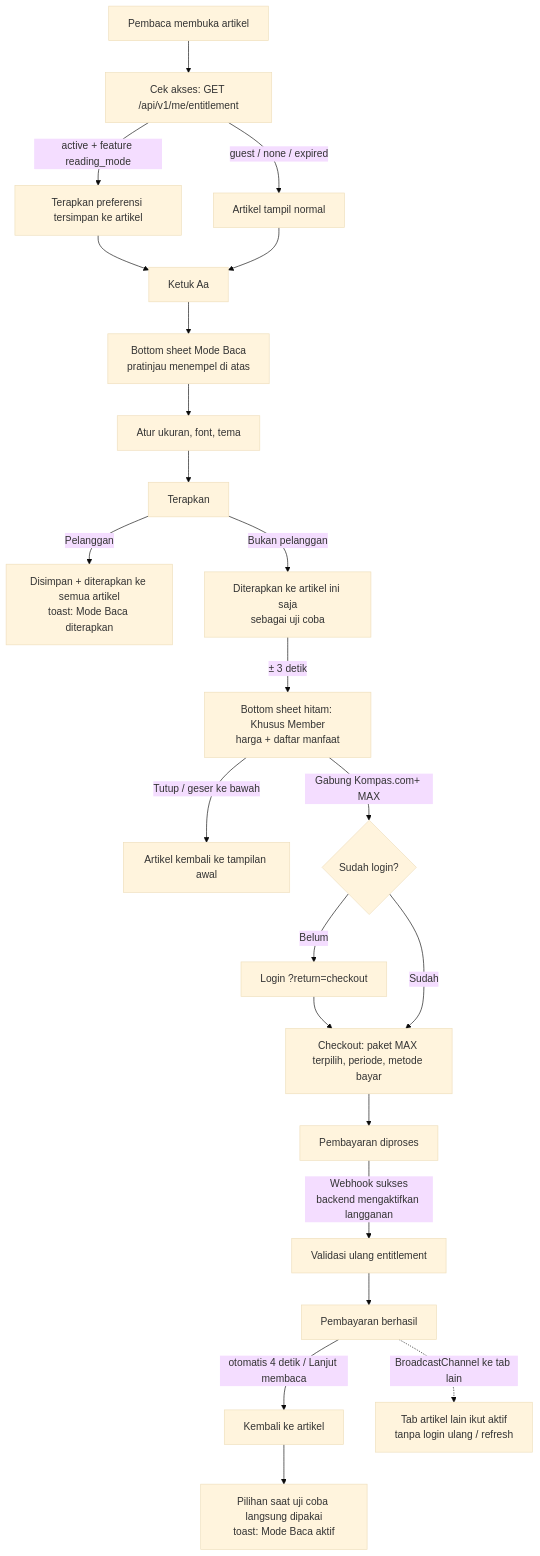
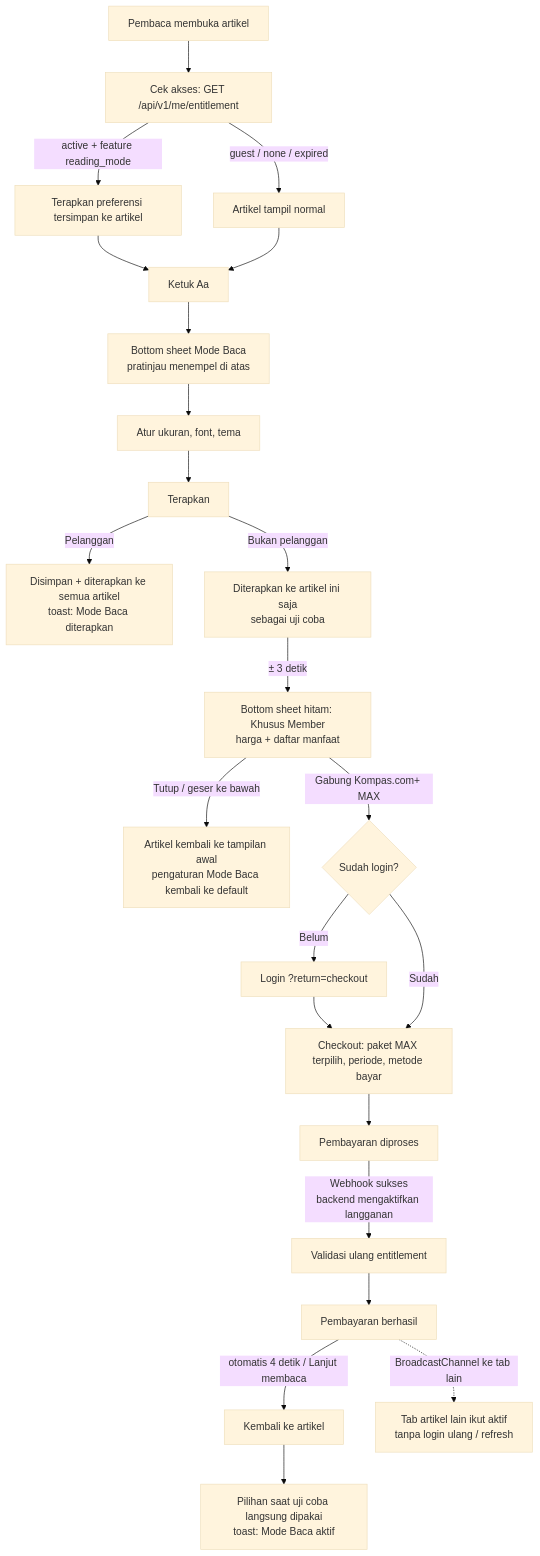
The diagram in docs/reading-mode-flow.md (kcmprodes-tech/web-kompascom), drawn with Mermaid (base theme) before and after one commit. The commit also changed other lines of this file and 5 other files, not shown here.

````diff
--- a/docs/reading-mode-flow.md
+++ b/docs/reading-mode-flow.md
@@ -22,27 +22,27 @@
 ```mermaid
 flowchart TD
   A[Pembaca membuka artikel] --> B[Cek akses: GET /api/v1/me/entitlement]
   B -->|active + feature reading_mode| C[Terapkan preferensi tersimpan ke artikel]
   B -->|guest / none / expired| D[Artikel tampil normal]
 
   C --> E[Ketuk Aa]
   D --> E
   E --> F[Bottom sheet Mode Baca<br/>pratinjau menempel di atas]
   F --> G[Atur ukuran, font, tema] --> H[Terapkan]
 
   H -->|Pelanggan| I[Disimpan + diterapkan ke semua artikel<br/>toast: Mode Baca diterapkan]
   H -->|Bukan pelanggan| J[Diterapkan ke artikel ini saja<br/>sebagai uji coba]
   J -->|± 3 detik| K[Bottom sheet hitam: Khusus Member<br/>harga + daftar manfaat]
 
-  K -->|Tutup / geser ke bawah| L[Artikel kembali ke tampilan awal]
+  K -->|Tutup / geser ke bawah| L[Artikel kembali ke tampilan awal<br/>pengaturan Mode Baca kembali ke default]
   K -->|Gabung Kompas.com+ MAX| M{Sudah login?}
   M -->|Belum| O[Login ?return=checkout] --> P
   M -->|Sudah| P[Checkout: paket MAX terpilih, periode, metode bayar]
   P --> Q[Pembayaran diproses]
   Q -->|Webhook sukses<br/>backend mengaktifkan langganan| R[Validasi ulang entitlement]
   R --> S[Pembayaran berhasil]
   S -->|otomatis 4 detik / Lanjut membaca| T[Kembali ke artikel]
   T --> U[Pilihan saat uji coba langsung dipakai<br/>toast: Mode Baca aktif]
 
   S -.->|BroadcastChannel ke tab lain| V[Tab artikel lain ikut aktif<br/>tanpa login ulang / refresh]
 ```
````
